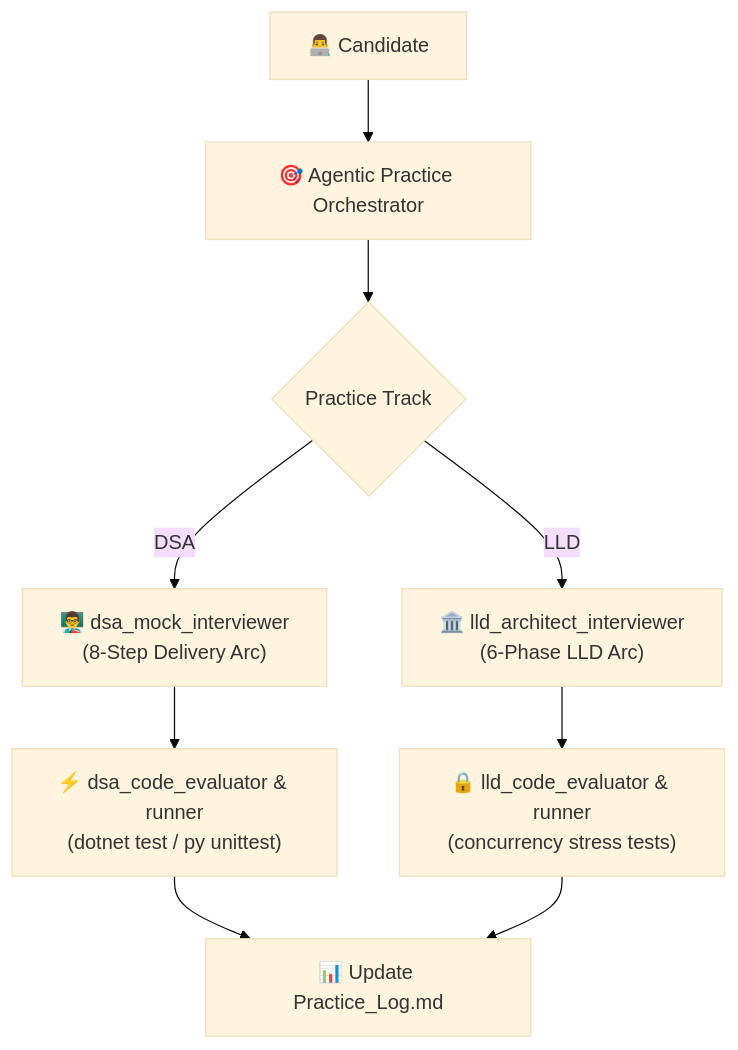
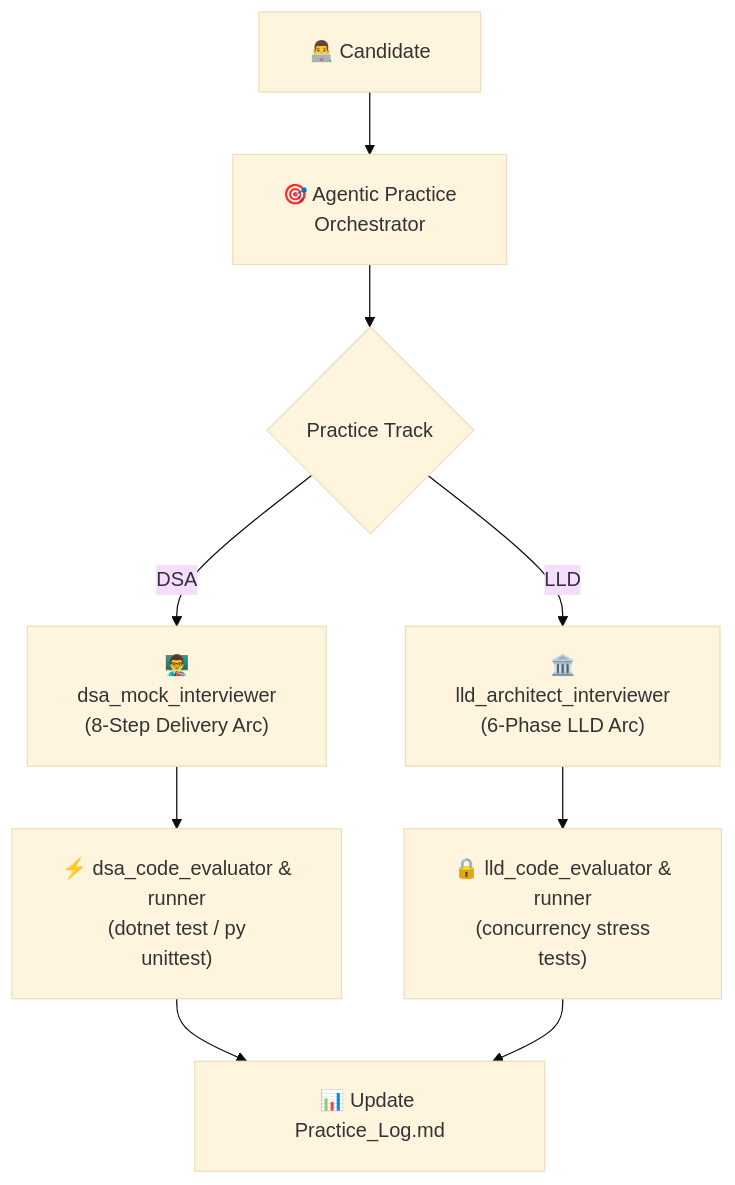
One commit to dip4k/DSA_102 changed the diagram in .agents/agents/README.md. Above: the diagram before and after it, drawn with Mermaid (base theme). The commit also changed 108 other files, not shown here.

First line of the commit message:
fix(mermaid): resolve diagram clipping, padding, and syntax issues across repo

````diff
--- a/.agents/agents/README.md
+++ b/.agents/agents/README.md
@@ -21,14 +21,15 @@
 ```mermaid
+%%{init: {"flowchart": {"htmlLabels": true, "padding": 20}}}%%
 flowchart TD
-    User["👨‍💻 Candidate"] --> Orchestrator["🎯 Agentic Practice Orchestrator"]
+    User["👨‍💻 Candidate"] --> Orchestrator["🎯 Agentic Practice<br/>Orchestrator"]
     Orchestrator --> Mode{"Practice Track"}
 
-    Mode -->|"DSA"| DSA_Coach["👨‍🏫 dsa_mock_interviewer<br/>(8-Step Delivery Arc)"]
-    Mode -->|"LLD"| LLD_Coach["🏛️ lld_architect_interviewer<br/>(6-Phase LLD Arc)"]
+    Mode -->|"DSA"| DSA_Coach["👨‍🏫<br/>dsa_mock_interviewer<br/>(8-Step Delivery Arc)"]
+    Mode -->|"LLD"| LLD_Coach["🏛️<br/>lld_architect_interviewer<br/>(6-Phase LLD Arc)"]
 
-    DSA_Coach --> DSA_Eval["⚡ dsa_code_evaluator & runner<br/>(dotnet test / py unittest)"]
-    LLD_Coach --> LLD_Eval["🔒 lld_code_evaluator & runner<br/>(concurrency stress tests)"]
+    DSA_Coach --> DSA_Eval["⚡ dsa_code_evaluator &<br/>runner<br/>(dotnet test / py<br/>unittest)"]
+    LLD_Coach --> LLD_Eval["🔒 lld_code_evaluator &<br/>runner<br/>(concurrency stress<br/>tests)"]
 
     DSA_Eval --> Log["📊 Update Practice_Log.md"]
     LLD_Eval --> Log
 ```
````
